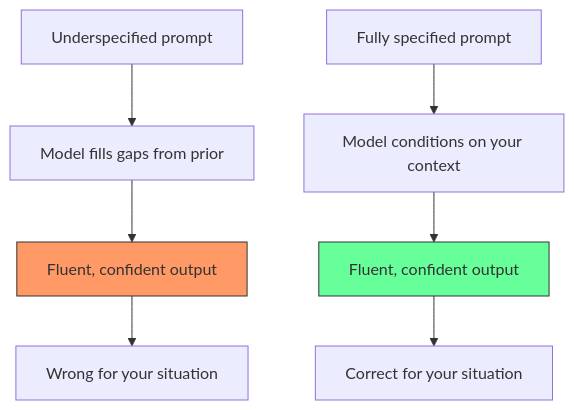
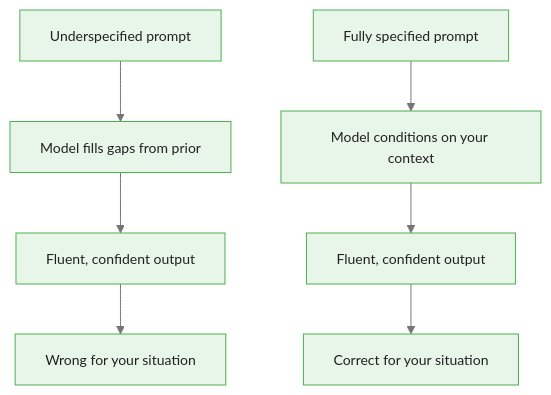
One commit to m-deane/course-creator changed the second of 2 diagrams in courses/bayesian-prompt-engineering/modules/module_00_foundations/guides/02_prior_dominance_slides.md. Above: the diagram before and after it, drawn with Mermaid. The commit also changed other lines of this file and 53 other files, not shown here.

````diff
--- a/courses/bayesian-prompt-engineering/modules/module_00_foundations/guides/02_prior_dominance_slides.md
+++ b/courses/bayesian-prompt-engineering/modules/module_00_foundations/guides/02_prior_dominance_slides.md
@@ -130,12 +143,10 @@
 ```mermaid
+%%{init: {"theme": "base", "themeVariables": {"primaryColor": "#e8f5e9", "primaryBorderColor": "#4caf50", "primaryTextColor": "#212121", "secondaryColor": "#e3f2fd", "tertiaryColor": "#fff8e1", "lineColor": "#757575", "fontFamily": "Inter, sans-serif", "fontSize": "14px"}}}%%
 graph TD
     A[Underspecified prompt] --> B[Model fills gaps from prior]
     C[Fully specified prompt] --> D[Model conditions on your context]
     B --> E["Fluent, confident output"]
     D --> F["Fluent, confident output"]
     E --> G["Wrong for your situation"]
     F --> H["Correct for your situation"]
-
-    style E fill:#f96,stroke:#333
-    style F fill:#6f9,stroke:#333
 ```
````
